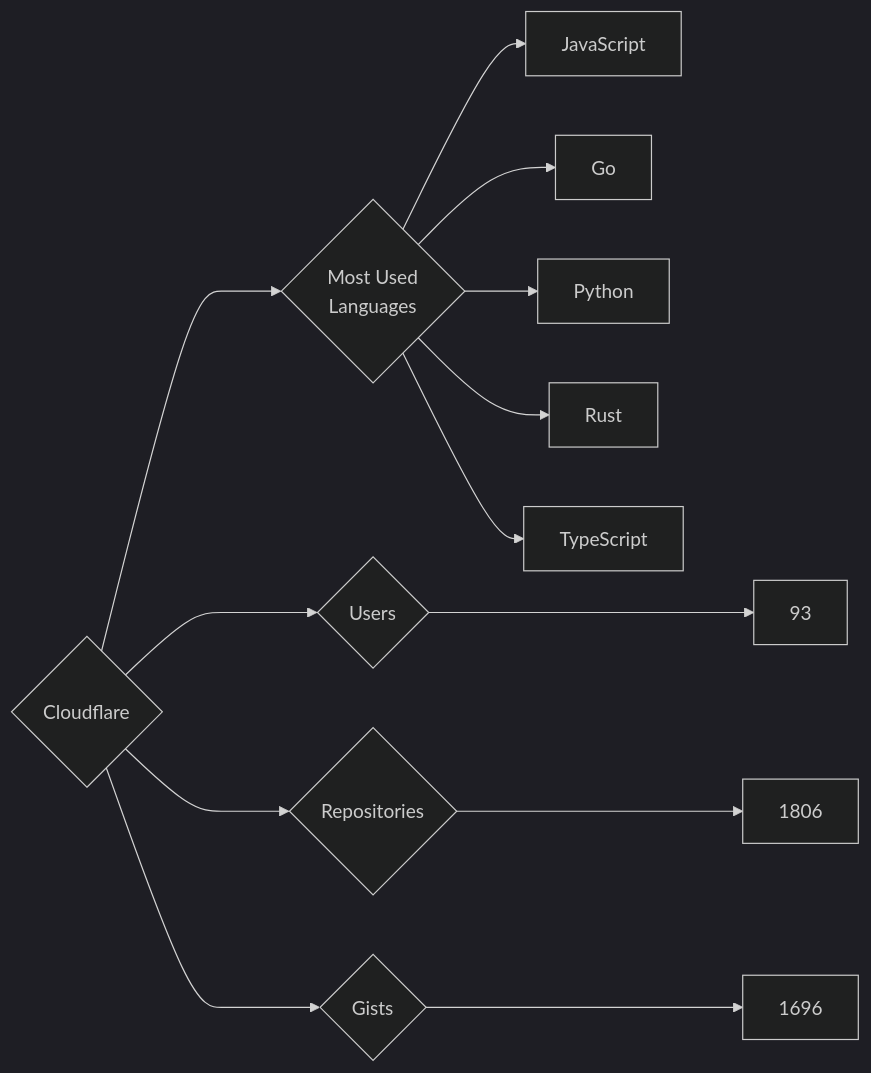
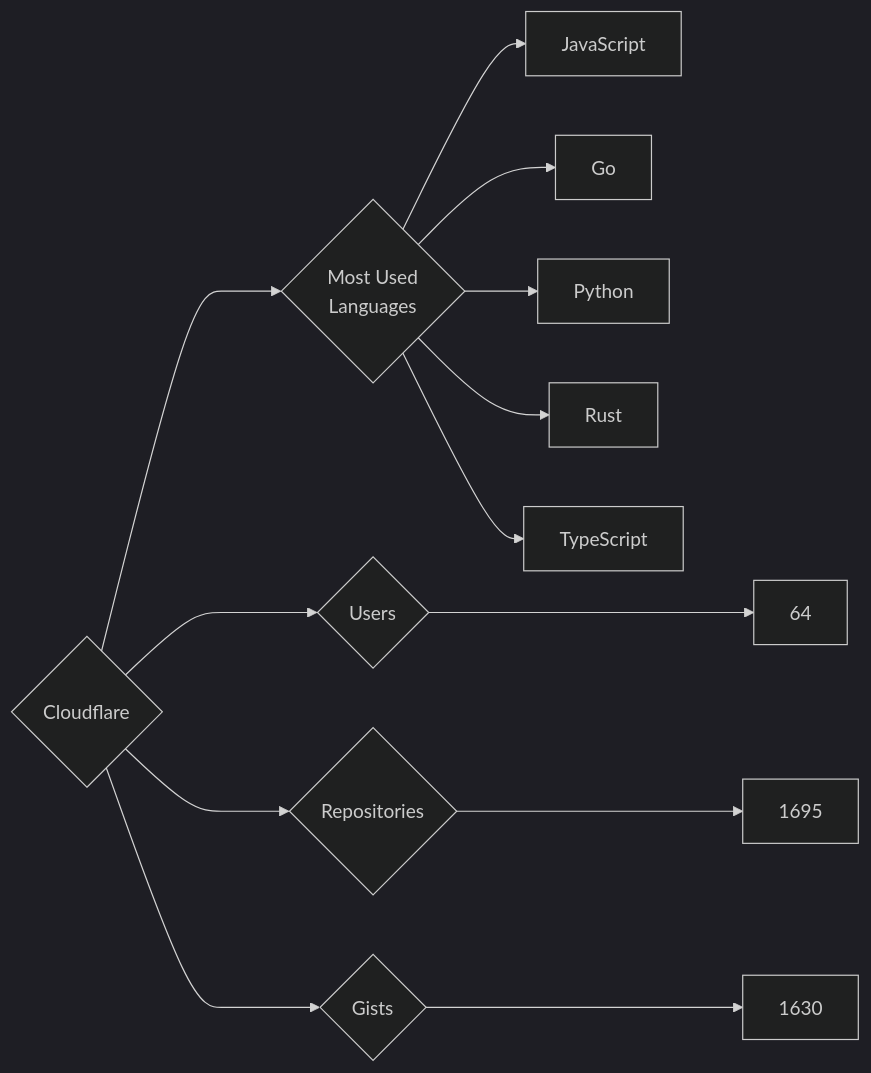
The diagram in targets/Cloudflare/README.md (trickest/insiders), drawn with Mermaid (dark theme) before and after one commit. The commit also changed 814 other files, not shown here.

````diff
--- a/targets/Cloudflare/README.md
+++ b/targets/Cloudflare/README.md
@@ -3,13 +3,13 @@
 ```mermaid
 graph LR
 COMPANY_NAME{Cloudflare}
-COMPANY_NAME ---> U{Users} ---> UN[93]
-COMPANY_NAME ---> R{Repositories} ---> RN[1806]
-COMPANY_NAME ---> G{Gists} ---> GN[1696]
+COMPANY_NAME ---> U{Users} ---> UN[64]
+COMPANY_NAME ---> R{Repositories} ---> RN[1695]
+COMPANY_NAME ---> G{Gists} ---> GN[1630]
 COMPANY_NAME ---> ML{Most Used<br>Languages}
 ML --> JavaScript[JavaScript]
 ML --> Go[Go]
 ML --> Python[Python]
 ML --> Rust[Rust]
 ML --> TypeScript[TypeScript]
 ```
````
